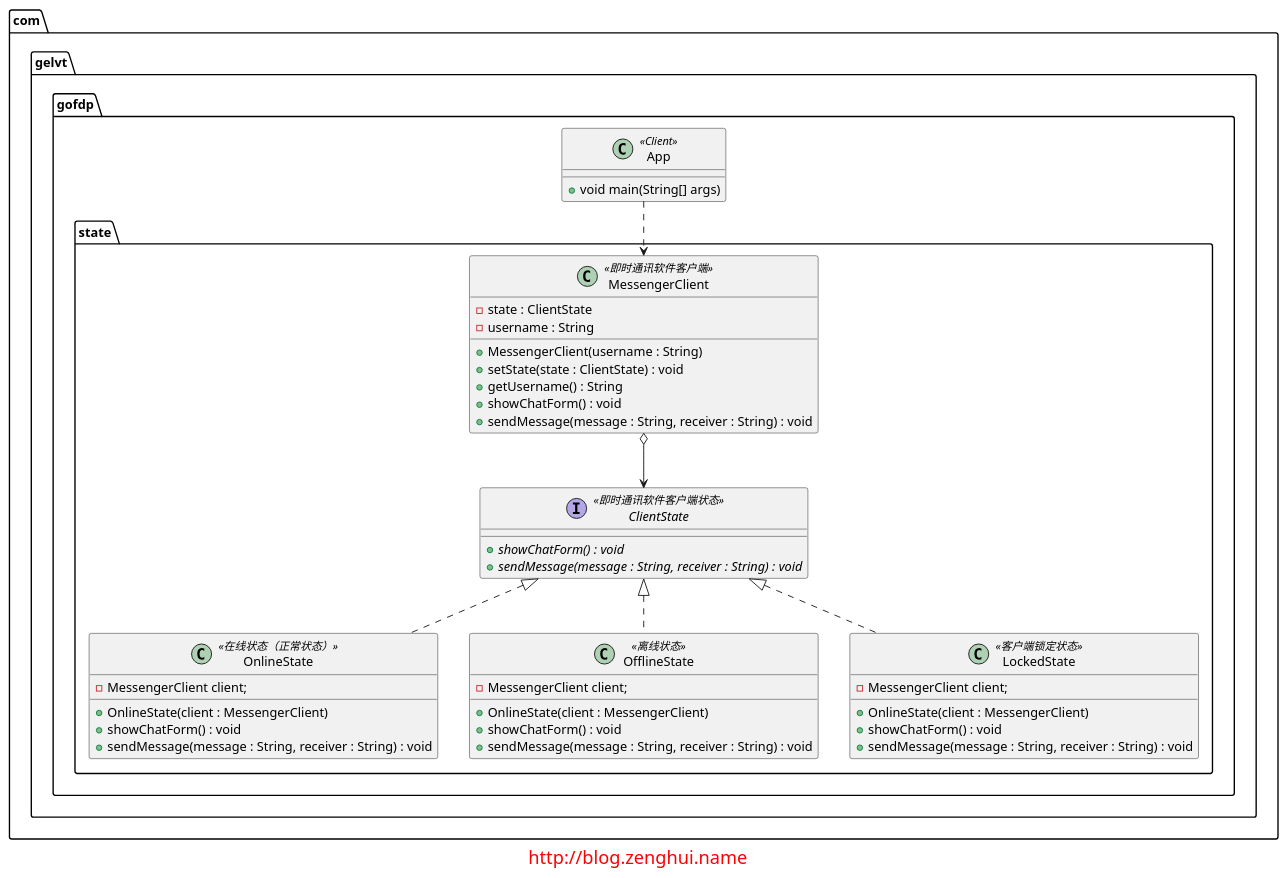
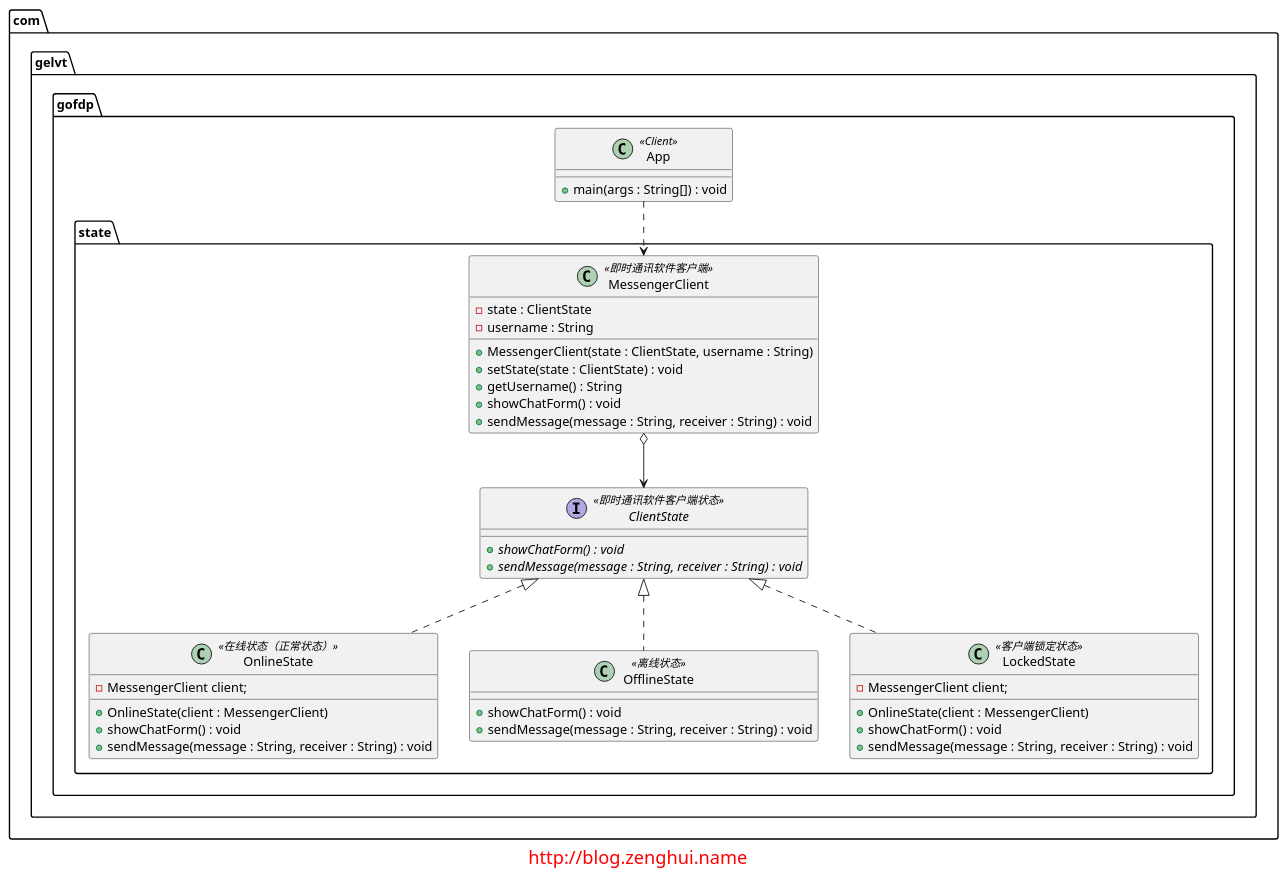
Before and after one commit to elvinzeng/java-design-pattern-samples: the diagram in state/diagrams/state.puml, drawn with PlantUML. The commit also changed 1 other file, not shown here.

Commit message:
修改状态模式例子类图

```diff
--- a/state/diagrams/state.puml
+++ b/state/diagrams/state.puml
@@ -1,61 +1,59 @@
 @startuml
 
 package com.gelvt.gofdp.state{
 
     interface ClientState<<即时通讯软件客户端状态>> {
         + {abstract} showChatForm() : void
         + {abstract} sendMessage(message : String, receiver : String) : void
     }
 
     class MessengerClient <<即时通讯软件客户端>> {
         - state : ClientState
         - username : String
-        + MessengerClient(username : String)
+        + MessengerClient(state : ClientState, username : String)
         + setState(state : ClientState) : void
         + getUsername() : String
         + showChatForm() : void
         + sendMessage(message : String, receiver : String) : void
     }
 
     class OnlineState <<在线状态（正常状态）>> {
         - MessengerClient client;
         + OnlineState(client : MessengerClient)
         + showChatForm() : void
         + sendMessage(message : String, receiver : String) : void
     }
 
     class OfflineState <<离线状态>> {
-        - MessengerClient client;
-        + OnlineState(client : MessengerClient)
         + showChatForm() : void
         + sendMessage(message : String, receiver : String) : void
     }
 
     class LockedState <<客户端锁定状态>> {
         - MessengerClient client;
         + OnlineState(client : MessengerClient)
         + showChatForm() : void
         + sendMessage(message : String, receiver : String) : void
     }
 
     MessengerClient o--> ClientState
     ClientState <|.. OnlineState
     ClientState <|.. OfflineState
     ClientState <|.. LockedState
 
 }
 
 package com.gelvt.gofdp{
     class App <<Client>>{
-        + void main(String[] args)
+        + main(args : String[]) : void
     }
 }
 
 App ..> MessengerClient
 
 
 footer
 <font size="20" color="red">http://blog.zenghui.name</font>
 endfooter
 
 @enduml
```
